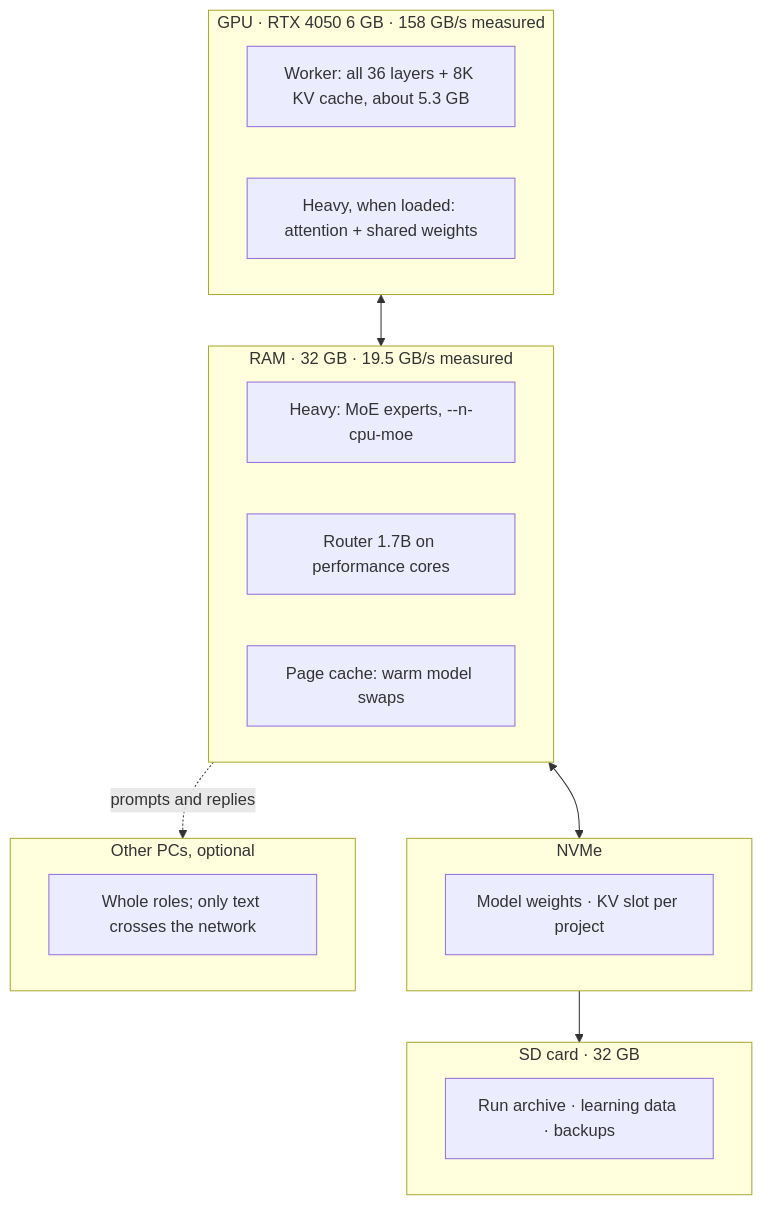
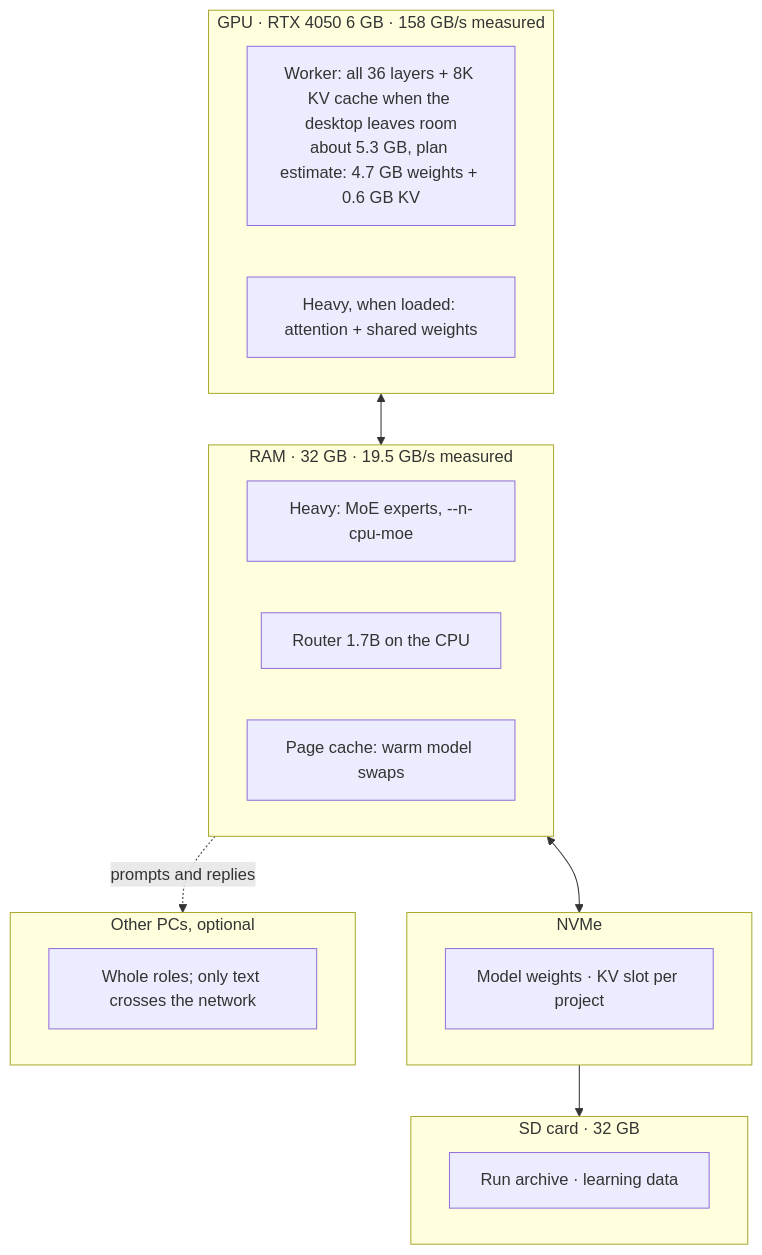
The second of 3 diagrams in README.md (alexivieni/Local-Architect), drawn with Mermaid before and after one commit. The commit also changed other lines of this file and 19 other files, not shown here.

First line of the commit message:
Reviewed and fixed: interface wiring, per-run provenance, cost on workflow cards, placement for chores, architecture docs, academic README

````diff
--- a/README.md
+++ b/README.md
@@ -47,25 +57,25 @@
 ```mermaid
 flowchart TB
   subgraph GPU["GPU · RTX 4050 6 GB · 158 GB/s measured"]
-    WK["Worker: all 36 layers + 8K KV cache, about 5.3 GB"]
+    WK["Worker: all 36 layers + 8K KV cache when the desktop leaves room<br/>about 5.3 GB, plan estimate: 4.7 GB weights + 0.6 GB KV"]
     HA["Heavy, when loaded: attention + shared weights"]
   end
   subgraph RAM["RAM · 32 GB · 19.5 GB/s measured"]
     HE["Heavy: MoE experts, --n-cpu-moe"]
-    RT["Router 1.7B on performance cores"]
+    RT["Router 1.7B on the CPU"]
     PC["Page cache: warm model swaps"]
   end
   subgraph NVME["NVMe"]
     MD["Model weights · KV slot per project"]
   end
   subgraph SD["SD card · 32 GB"]
-    AR["Run archive · learning data · backups"]
+    AR["Run archive · learning data"]
   end
   subgraph LAN["Other PCs, optional"]
     HO["Whole roles; only text crosses the network"]
   end
   GPU <--> RAM
   RAM <--> NVME
   NVME --> SD
   RAM -. "prompts and replies" .-> LAN
 ```
````
